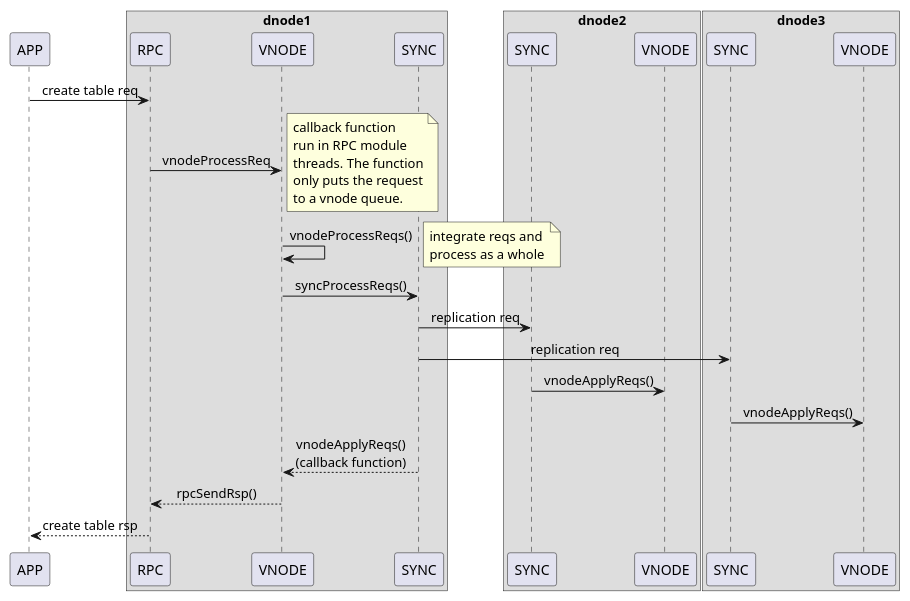
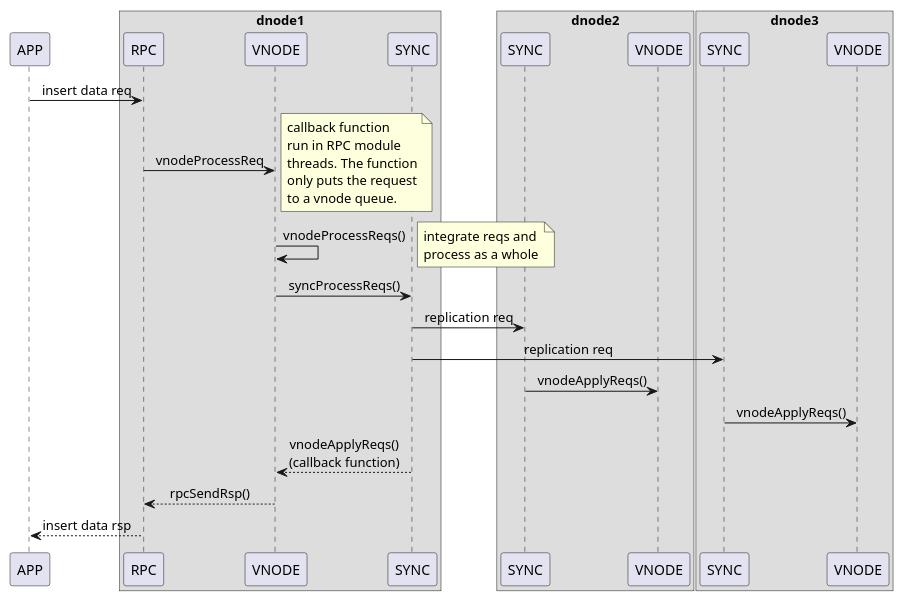
The second of 4 diagrams in docs/vnode_write.md (taosdata/TDengine), drawn with PlantUML before and after one commit.

````diff
--- a/docs/vnode_write.md
+++ b/docs/vnode_write.md
@@ -91,67 +91,67 @@
 ```plantuml
 @startuml create_table
 skinparam sequenceMessageAlign center
 skinparam responseMessageBelowArrow true
 
 participant APP as app
 box "dnode1"
     participant RPC as rpc
     participant VNODE as vnode
     participant SYNC as sync
 end box
 
 box "dnode2"
     participant SYNC as sync2
     participant VNODE as vnode2
 end box
 
 box "dnode3"
     participant SYNC as sync3
     participant VNODE as vnode3
 end box
 
 ' APP send request to dnode and RPC in dnode recv the request
-app ->rpc: create table req
+app ->rpc: insert data req
 
 ' RPC call vnodeProcessReq() function to process the request
 rpc -> vnode: vnodeProcessReq
 note right
 callback function 
 run in RPC module 
 threads. The function
 only puts the request
 to a vnode queue.
 end note
 
 ' VNODE call vnodeProcessReqs() function to integrate requests and process as a whole
 vnode -> vnode: vnodeProcessReqs()
 note right
 integrate reqs and 
 process as a whole
 end note
 
 
 ' sync the request to other nodes
 vnode -> sync: syncProcessReqs()
 
 ' ' make request persistent
 ' ' sync -->vnode: walWrite()\n(callback function)
 
 ' ' replicate requests to other DNODES
 sync -> sync2: replication req
 sync -> sync3: replication req
 
 ' vnode apply
 sync2 -> vnode2: vnodeApplyReqs()
 sync3 -> vnode3: vnodeApplyReqs()
 
 ' call apply request
 sync --> vnode: vnodeApplyReqs()\n(callback function)
 
 ' send response
 vnode --> rpc: rpcSendRsp()
 
 ' dnode send response to APP
-rpc --> app: create table rsp
+rpc --> app: insert data rsp
 @enduml
 ```
````
